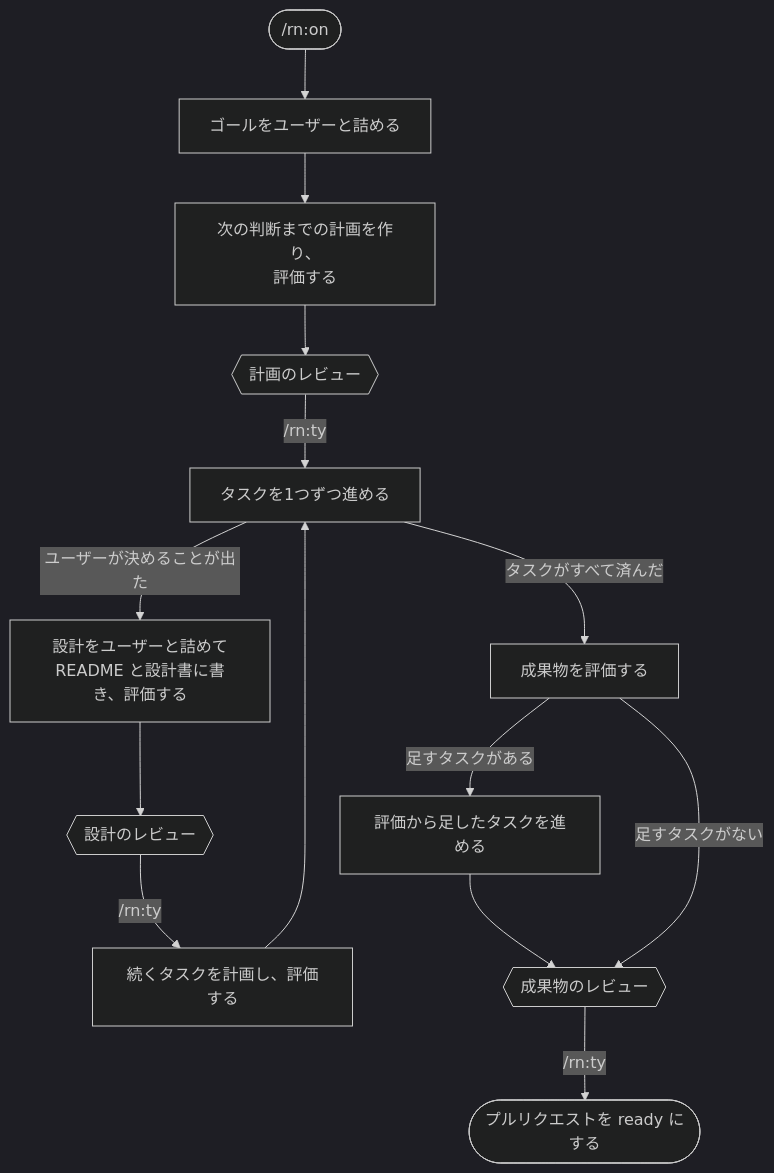
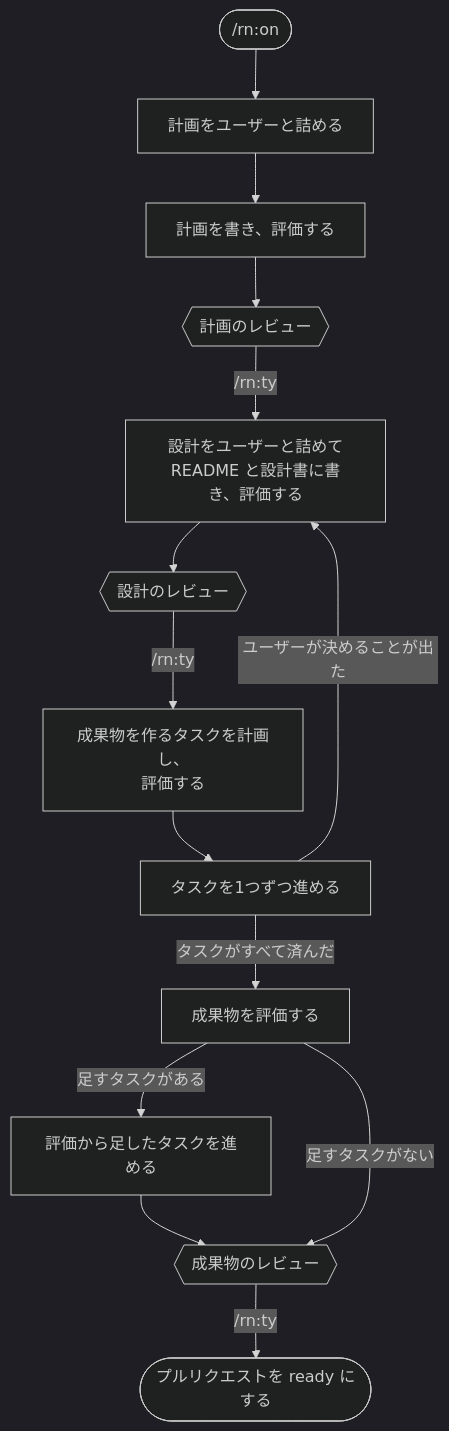
The fourth of 5 diagrams in rn/docs/design.md (lovaizu/ccpm), drawn with Mermaid (dark theme) before and after one commit. The commit also changed other lines of this file and 1 other file, not shown here.

````diff
--- a/rn/docs/design.md
+++ b/rn/docs/design.md
@@ -95,26 +95,26 @@
 ```mermaid
 flowchart TD
     ON(["/rn:on"])
-    W["ゴールをユーザーと詰める"]
-    P["次の判断までの計画を作り、<br/>評価する"]
+    W["計画をユーザーと詰める"]
+    P["計画を書き、評価する"]
     PS{{"計画のレビュー"}}
-    T["タスクを1つずつ進める"]
     D["設計をユーザーと詰めて<br/>README と設計書に書き、評価する"]
     DS{{"設計のレビュー"}}
-    P2["続くタスクを計画し、評価する"]
+    P2["成果物を作るタスクを計画し、<br/>評価する"]
+    T["タスクを1つずつ進める"]
     EV["成果物を評価する"]
     T2["評価から足したタスクを進める"]
     FS{{"成果物のレビュー"}}
     END(["プルリクエストを ready にする"])
     ON --> W --> P --> PS
-    PS -->|"/rn:ty"| T
-    T -->|"ユーザーが決めることが出た"| D
+    PS -->|"/rn:ty"| D
     D --> DS
     DS -->|"/rn:ty"| P2
     P2 --> T
+    T -->|"ユーザーが決めることが出た"| D
     T -->|"タスクがすべて済んだ"| EV
     EV -->|"足すタスクがある"| T2
     T2 --> FS
     EV -->|"足すタスクがない"| FS
     FS -->|"/rn:ty"| END
 ```
````
